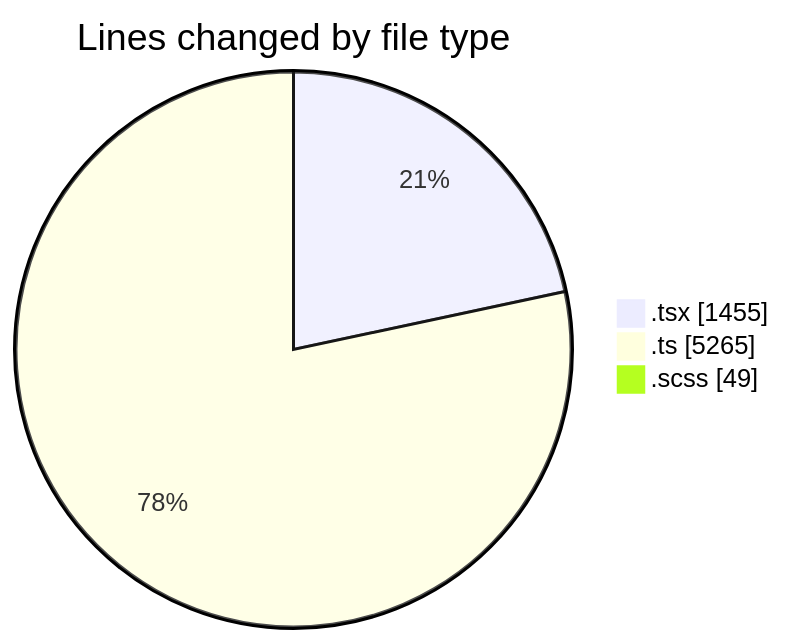
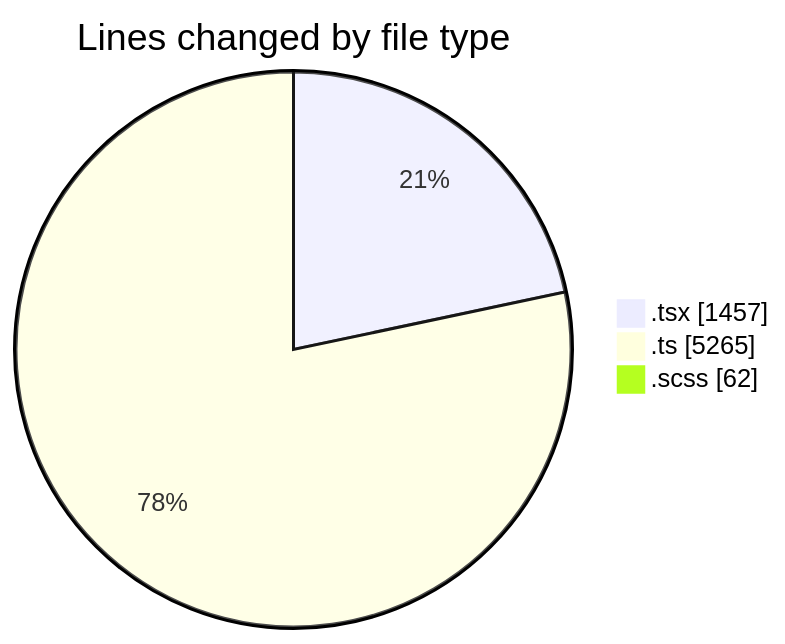
Before and after one commit to momahboobian/code-tracking: the first of 2 diagrams in 2026-10-14/cda/README.md, drawn with Mermaid. The commit also changed other lines of this file and 1 other file, not shown here.

````diff
--- a/2026-10-14/cda/README.md
+++ b/2026-10-14/cda/README.md
@@ -32,7 +32,7 @@
 ```mermaid
 pie showData
 title Lines changed by file type
-".tsx" : 1455
+".tsx" : 1457
 ".ts" : 5265
-".scss" : 49
+".scss" : 62
 ```
````
